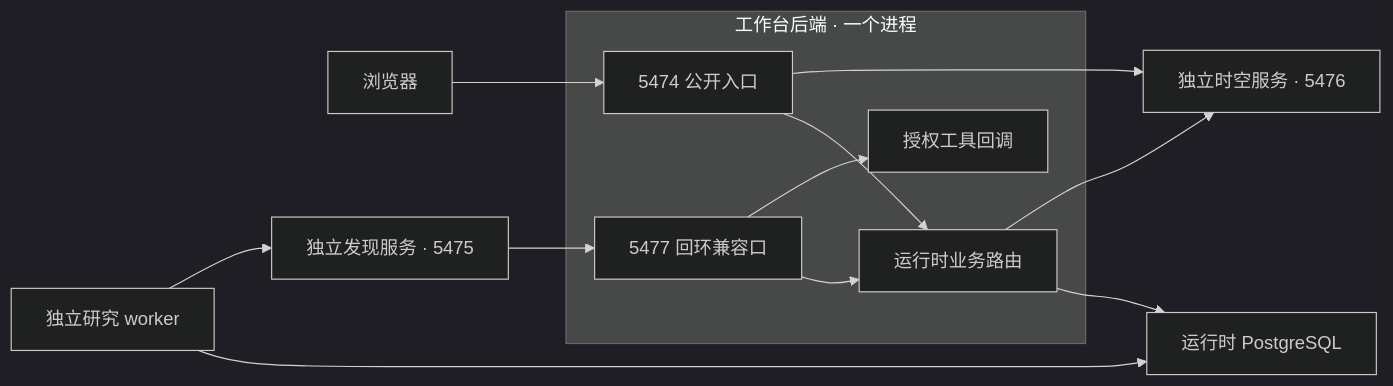
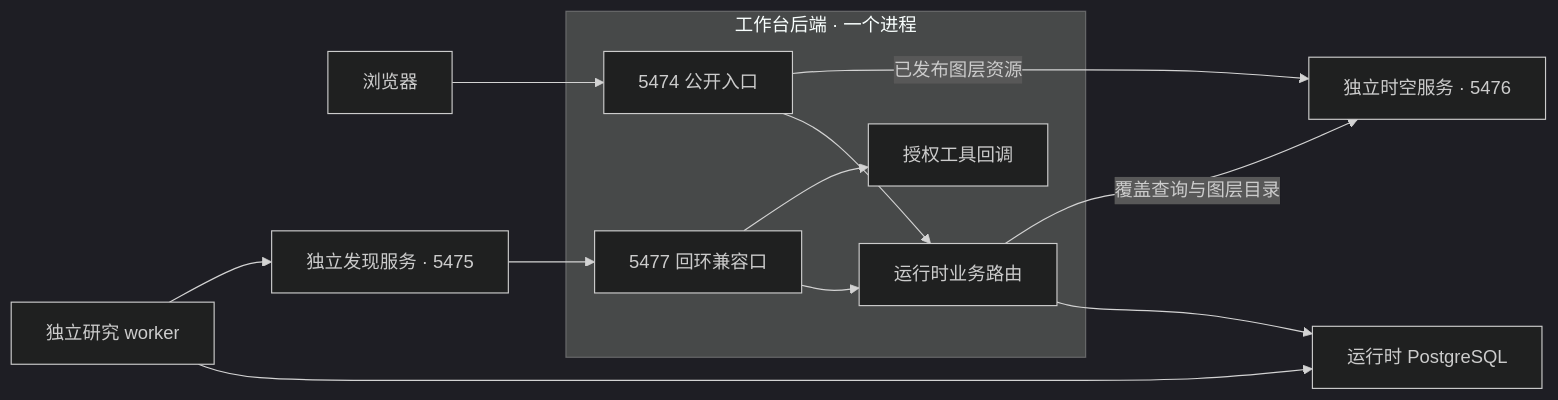
The second of 2 diagrams in docs/架构与接口现状.md (lust0yixiong/OneEarth), drawn with Mermaid (dark theme) before and after one commit. The commit also changed other lines of this file and 2 other files, not shown here.

Commit message:
Unify the workbench route to the spatial data service in the architecture diagram

````diff
--- a/docs/架构与接口现状.md
+++ b/docs/架构与接口现状.md
@@ -69,15 +70,15 @@
 ```mermaid
 flowchart LR
   B["浏览器"] --> P
   subgraph W["工作台后端 · 一个进程"]
     P["5474 公开入口"] --> R["运行时业务路由"]
     C["5477 回环兼容口"] --> R
     C --> T["授权工具回调"]
   end
   R --> DB["运行时 PostgreSQL"]
   A["独立研究 worker"] --> DB
   A --> D["独立发现服务 · 5475"]
   D --> C
-  R --> S["独立时空服务 · 5476"]
-  P --> S
+  R -->|"覆盖查询与图层目录"| S["独立时空服务 · 5476"]
+  P -->|"已发布图层资源"| S
 ```
````
